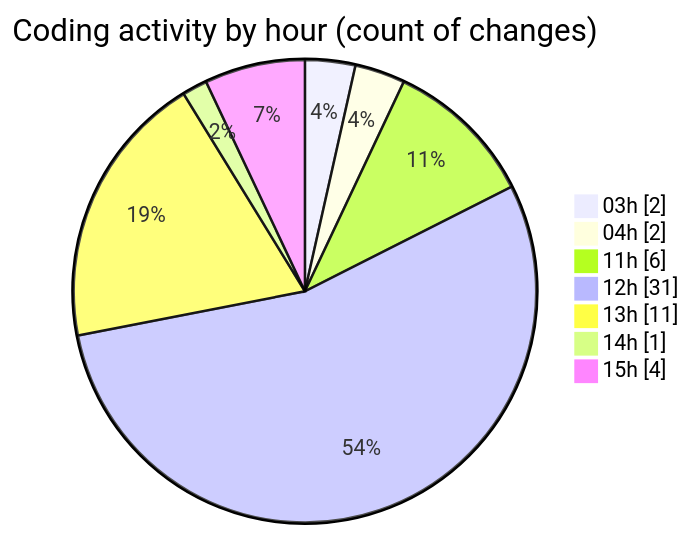
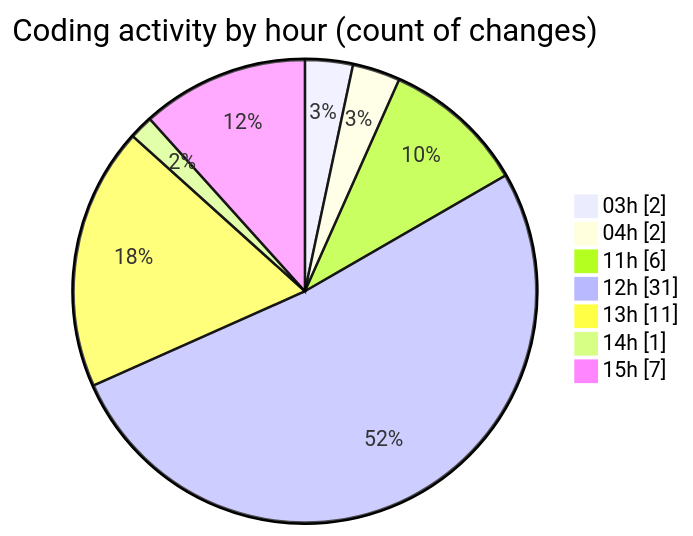
Before and after one commit to FelipKnott/code-tracking: the second of 2 diagrams in 2025-07-04/cursor/README.md, drawn with Mermaid. The commit also changed other lines of this file and 1 other file, not shown here.

````diff
--- a/2025-07-04/cursor/README.md
+++ b/2025-07-04/cursor/README.md
@@ -45,11 +45,11 @@
 ```mermaid
 pie showData
 title Coding activity by hour (count of changes)
 "03h" : 2
 "04h" : 2
 "11h" : 6
 "12h" : 31
 "13h" : 11
 "14h" : 1
-"15h" : 4
+"15h" : 7
 ```
````
